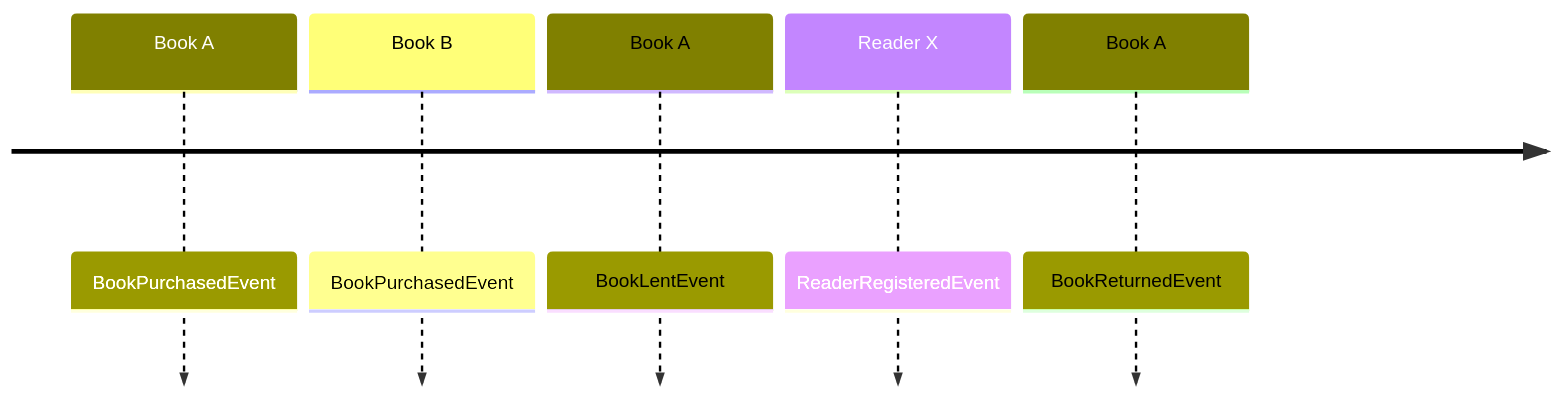
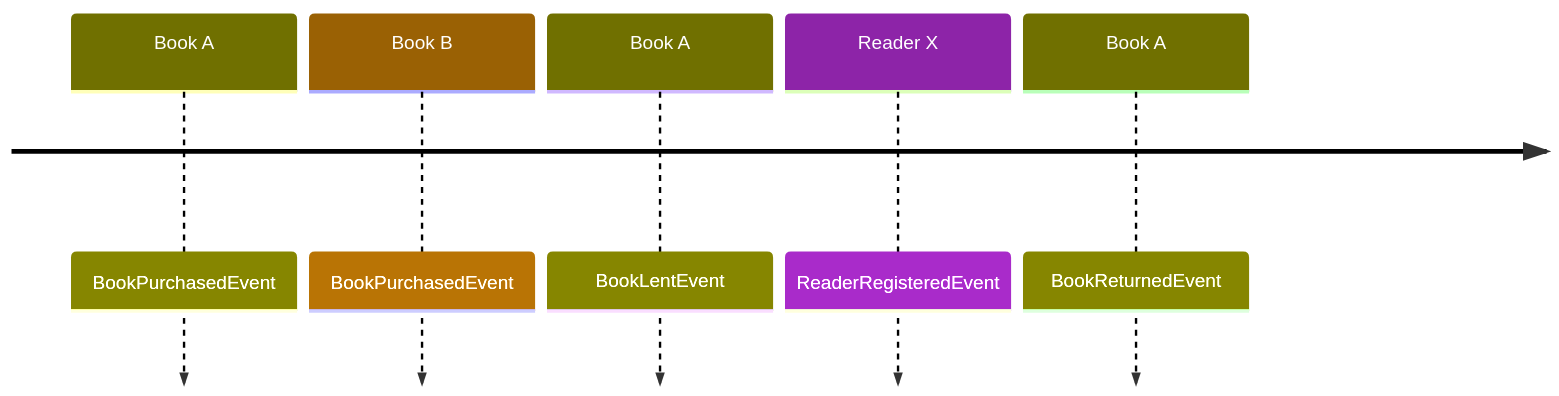
The diagram in mkdocs/docs/concepts/event_sourcing/index.md (open-cqrs/opencqrs), drawn with Mermaid before and after one commit. The commit also changed 5 other files, not shown here.

````diff
--- a/mkdocs/docs/concepts/event_sourcing/index.md
+++ b/mkdocs/docs/concepts/event_sourcing/index.md
@@ -22,13 +22,17 @@
 ``` mermaid
-%%{init: { 'logLevel': 'debug', 'theme': 'default', "themeVariables": {
-    "cScale0": "olive",
-    "cScale2": "olive",
-    "cScale4": "olive"
- } } }%%
+%%{init: { "themeVariables": {
+    "cScale0": "#707000", "cScaleLabel0": "#ffffff",
+    "cScale1": "#9a6104", "cScaleLabel1": "#ffffff",
+    "cScale2": "#707000", "cScaleLabel2": "#ffffff",
+    "cScale3": "#8d24a8", "cScaleLabel3": "#ffffff",
+    "cScale4": "#707000", "cScaleLabel4": "#ffffff"
+ },
+ "themeCSS": "line { stroke: #70787c !important; } marker path, marker polygon, [id$=arrowhead] path { fill: #70787c !important; stroke: #70787c !important; }"
+ } }%%
 timeline
     Book A: BookPurchasedEvent
     Book B: BookPurchasedEvent
     Book A: BookLentEvent
     Reader X: ReaderRegisteredEvent
     Book A: BookReturnedEvent
 ```
````
